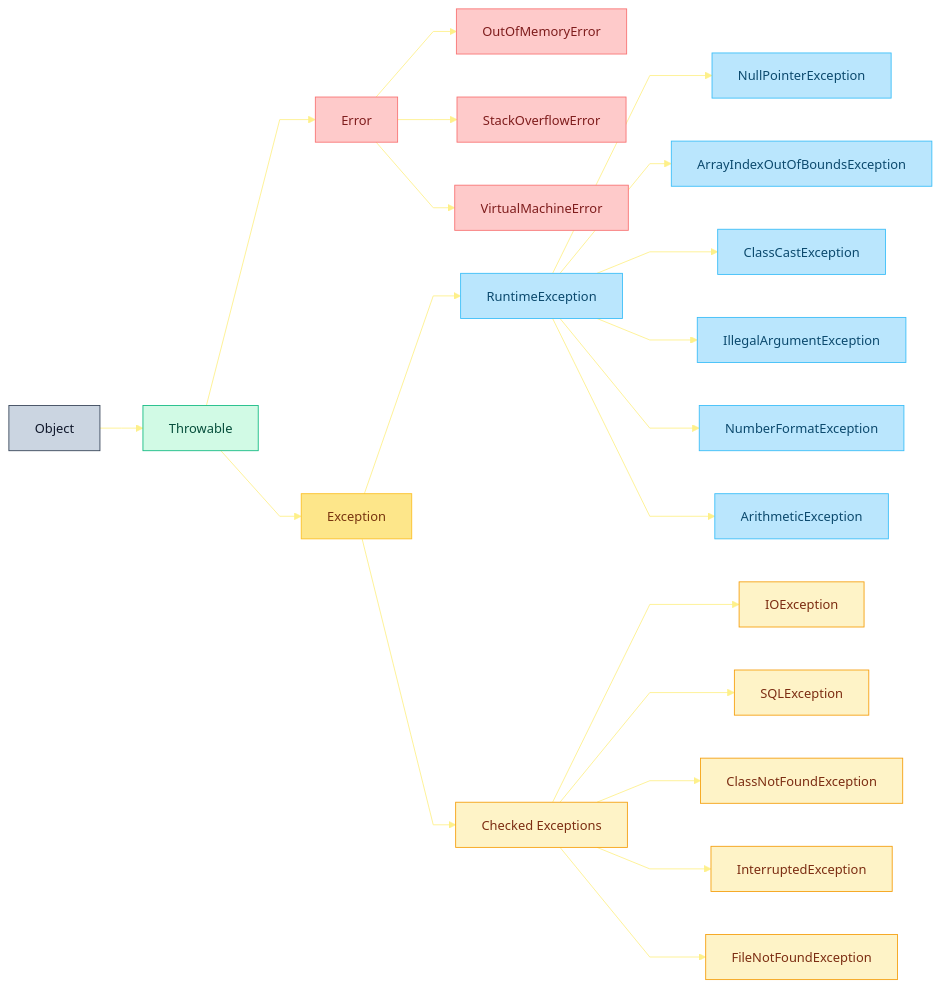
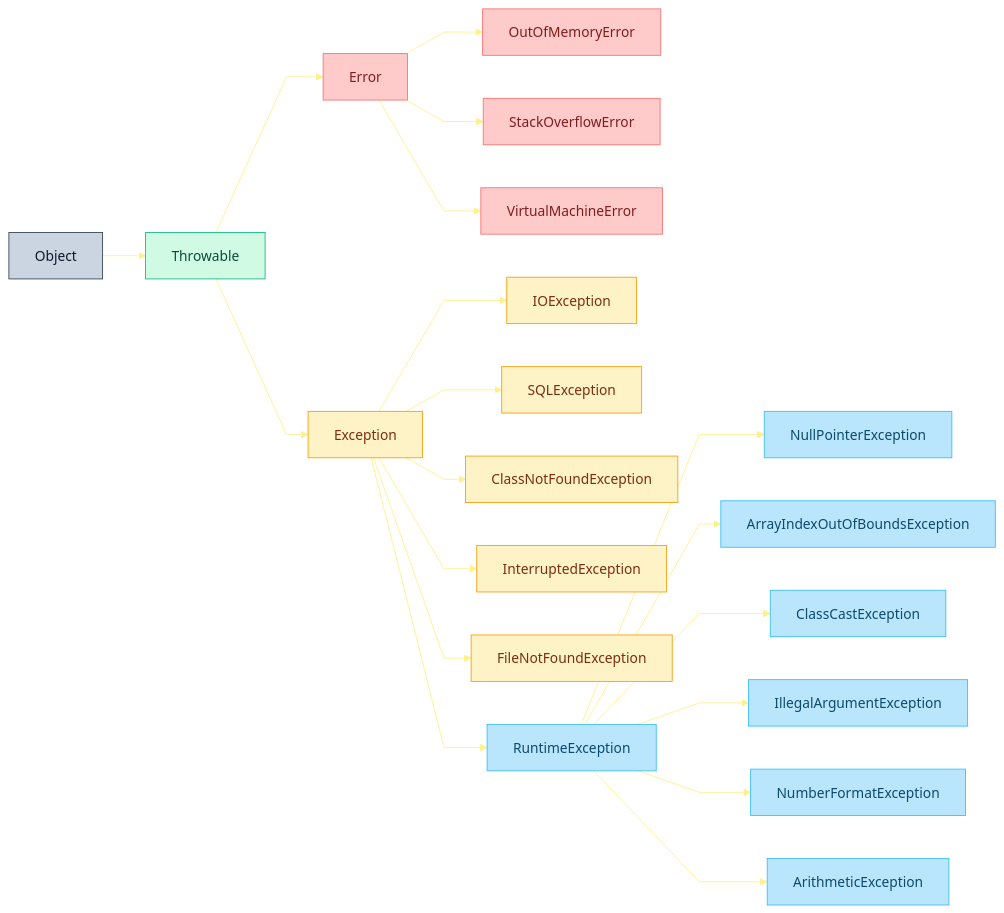
Before and after one commit to jeongmo-bae/java-daily-study: the diagram in til/2-3-exception-handling.md, drawn with Mermaid.

Commit message:
docs : upload TIL 2-3-exception-handling.md

````diff
--- a/til/2-3-exception-handling.md
+++ b/til/2-3-exception-handling.md
@@ -4,43 +4,41 @@
 ```mermaid
 %%{init:{
   "flowchart":{"curve":"linear"},
   "theme":"base",
   "themeVariables":{
-    "fontSize":"15px",
+    "fontSize":"16px",
     "lineColor":"#fef08a"
   }
 }}%%
 
 graph LR
     O[Object]:::root
     O --> T[Throwable]:::throwable
     T --> E[Error]:::error
     T --> X[Exception]:::exception
 
     E --> E1[OutOfMemoryError]:::error
     E --> E2[StackOverflowError]:::error
     E --> E3[VirtualMachineError]:::error
 
+    X --> X1[IOException]:::exception
+    X --> X2[SQLException]:::exception
+    X --> X3[ClassNotFoundException]:::exception
+    X --> X4[InterruptedException]:::exception
+    X --> X5[FileNotFoundException]:::exception
+
     X --> R[RuntimeException]:::runtime
     R --> R1[NullPointerException]:::runtime
     R --> R2[ArrayIndexOutOfBoundsException]:::runtime
     R --> R3[ClassCastException]:::runtime
     R --> R4[IllegalArgumentException]:::runtime
     R --> R5[NumberFormatException]:::runtime
     R --> R6[ArithmeticException]:::runtime
 
-    X --> C[Checked Exceptions]:::checked
-    C --> C1[IOException]:::checked
-    C --> C2[SQLException]:::checked
-    C --> C3[ClassNotFoundException]:::checked
-    C --> C4[InterruptedException]:::checked
-    C --> C5[FileNotFoundException]:::checked
-
 %% 스타일 정의 (파스텔톤)
     classDef root fill:#cbd5e1,stroke:#334155,color:#0f172a;
     classDef throwable fill:#d1fae5,stroke:#10b981,color:#064e3b;
     classDef error fill:#fecaca,stroke:#f87171,color:#7f1d1d;
-    classDef exception fill:#fde68a,stroke:#fbbf24,color:#78350f;
+    classDef exception fill:#fef3c7,stroke:#f59e0b,color:#7c2d12;
     classDef runtime fill:#bae6fd,stroke:#38bdf8,color:#0c4a6e;
-    classDef checked fill:#fef3c7,stroke:#f59e0b,color:#7c2d12;
 ```
````
